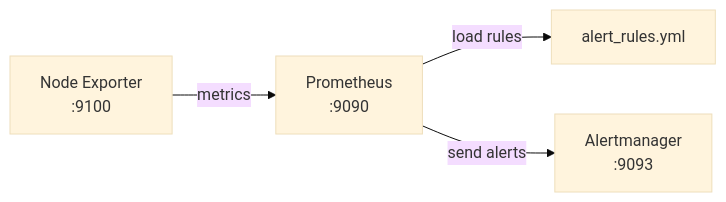
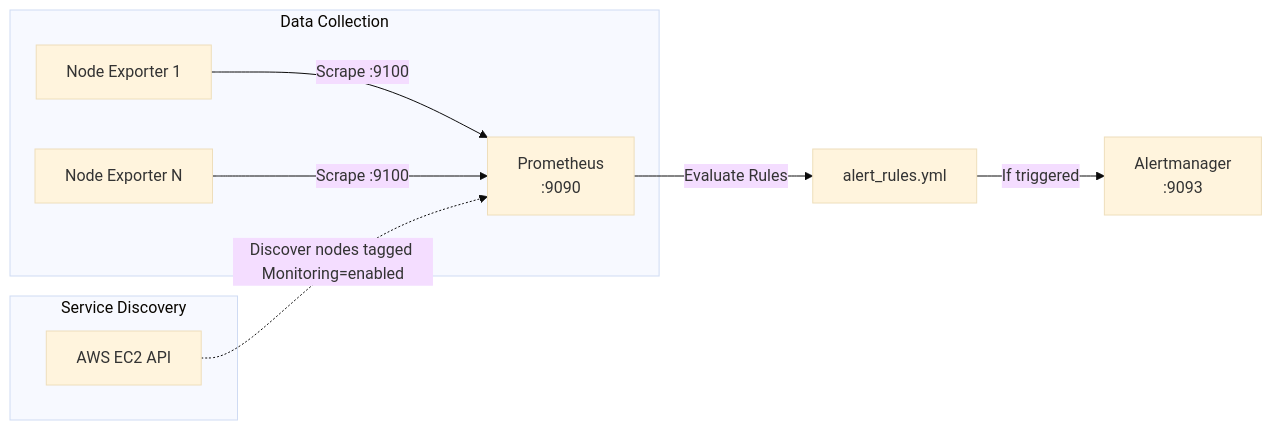
One commit to kien-devops/cicd-ecr-kube-ec2-gitaction changed the diagram in prometheus/README.md. Above: the diagram before and after it, drawn with Mermaid (base theme). The commit also changed other lines of this file and 9 other files, not shown here.

Commit message:
docs: revamp all README files with badges, diagrams, and structured sections

````diff
--- a/prometheus/README.md
+++ b/prometheus/README.md
@@ -10,6 +11,15 @@
 ```mermaid
 flowchart LR
-    EXPORTER[Node Exporter<br/>:9100] -->|metrics| PROM[Prometheus<br/>:9090]
-    PROM -->|load rules| RULES[alert_rules.yml]
-    PROM -->|send alerts| ALERT[Alertmanager<br/>:9093]
+    subgraph Data Collection
+        EXPORTER1[Node Exporter 1] -->|Scrape :9100| PROM[Prometheus<br/>:9090]
+        EXPORTER2[Node Exporter N] -->|Scrape :9100| PROM
+    end
+
+    PROM -->|Evaluate Rules| RULES[alert_rules.yml]
+    
+    RULES -->|If triggered| ALERT[Alertmanager<br/>:9093]
+    
+    subgraph Service Discovery
+        AWS[AWS EC2 API] -.->|Discover nodes tagged Monitoring=enabled| PROM
+    end
 ```
````
